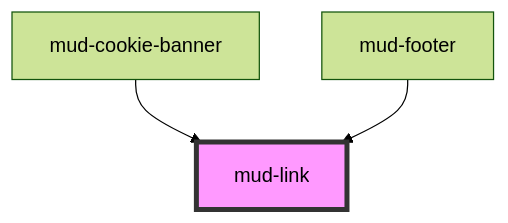
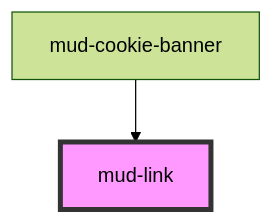
One commit to egov-moldova/design-system changed the diagram in src/components/mud-link/readme.md. Above: the diagram before and after it, drawn with Mermaid (forest theme). The commit also changed other lines of this file and 48 other files, not shown here.

First line of the commit message:
feat!: remove the mud-header and mud-footer organisms

````diff
--- a/src/components/mud-link/readme.md
+++ b/src/components/mud-link/readme.md
@@ -55,6 +54,5 @@
 ```mermaid
 graph TD;
   mud-cookie-banner --> mud-link
-  mud-footer --> mud-link
   style mud-link fill:#f9f,stroke:#333,stroke-width:4px
 ```
````
